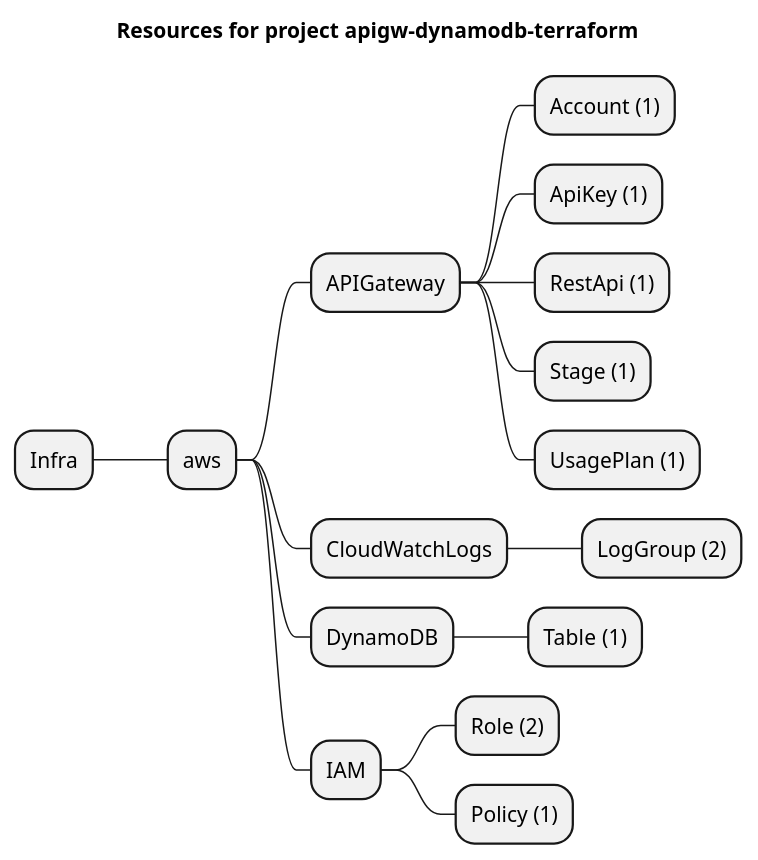
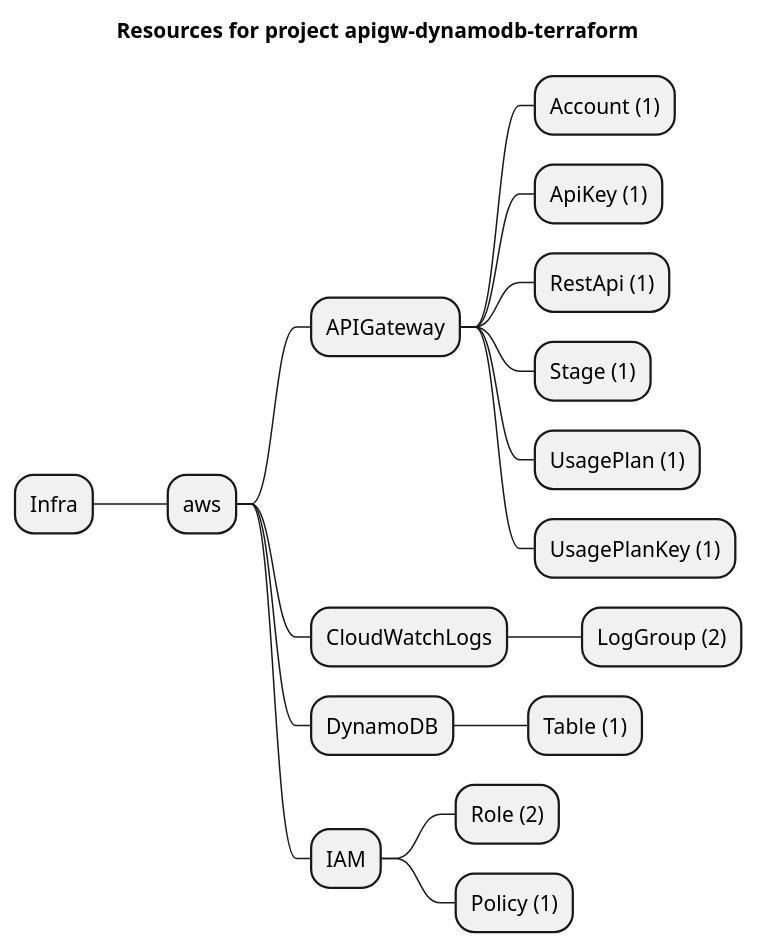
One commit to grucloud/grucloud changed the diagram in examples/aws/serverless-patterns/apigw-dynamodb-terraform/artifacts/resources-mindmap.puml. Above: the diagram before and after it, drawn with PlantUML. The commit also changed 104 other files, not shown here.

```diff
--- a/examples/aws/serverless-patterns/apigw-dynamodb-terraform/artifacts/resources-mindmap.puml
+++ b/examples/aws/serverless-patterns/apigw-dynamodb-terraform/artifacts/resources-mindmap.puml
@@ -1,19 +1,20 @@
 @startmindmap
 title Resources for project apigw-dynamodb-terraform
 skinparam monochrome true
 + Infra
 ++ aws
 +++ APIGateway
 ++++ Account (1)
 ++++ ApiKey (1)
 ++++ RestApi (1)
 ++++ Stage (1)
 ++++ UsagePlan (1)
+++++ UsagePlanKey (1)
 +++ CloudWatchLogs
 ++++ LogGroup (2)
 +++ DynamoDB
 ++++ Table (1)
 +++ IAM
 ++++ Role (2)
 ++++ Policy (1)
 @endmindmap
```
